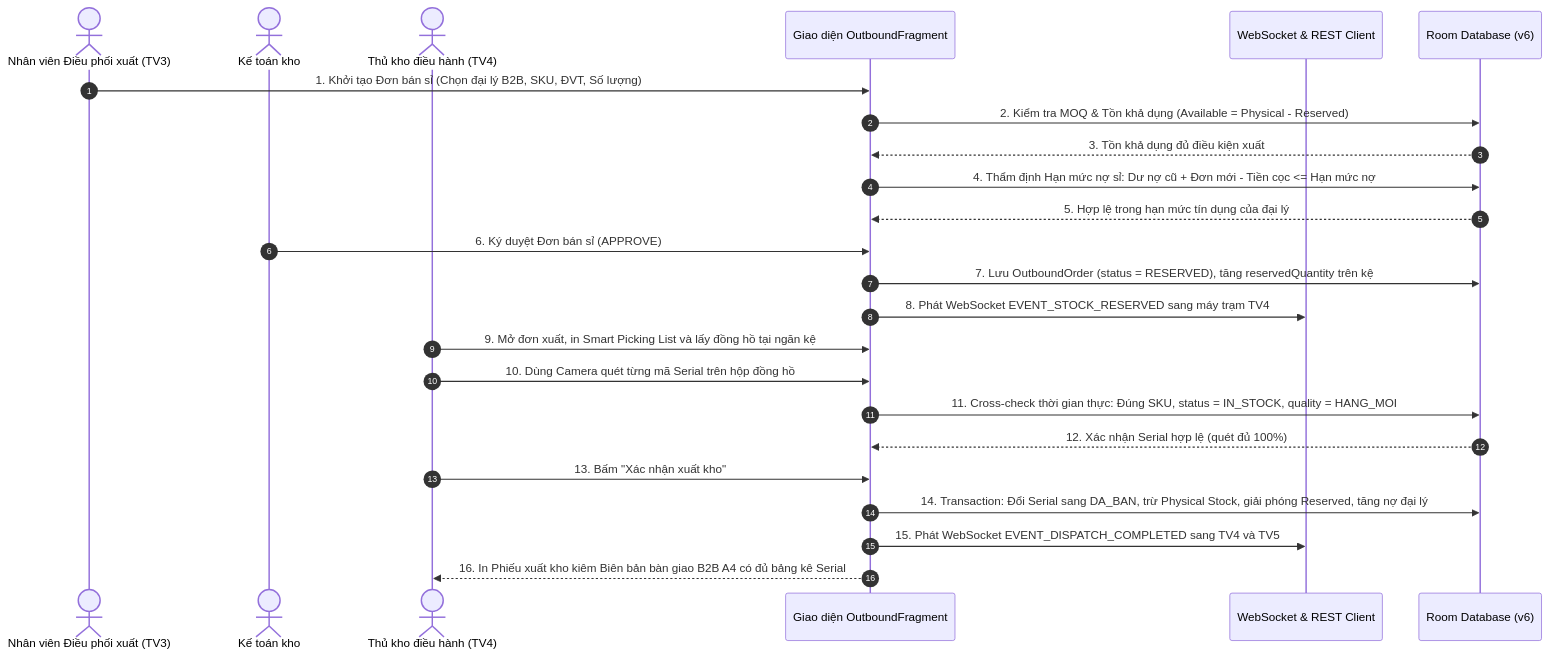
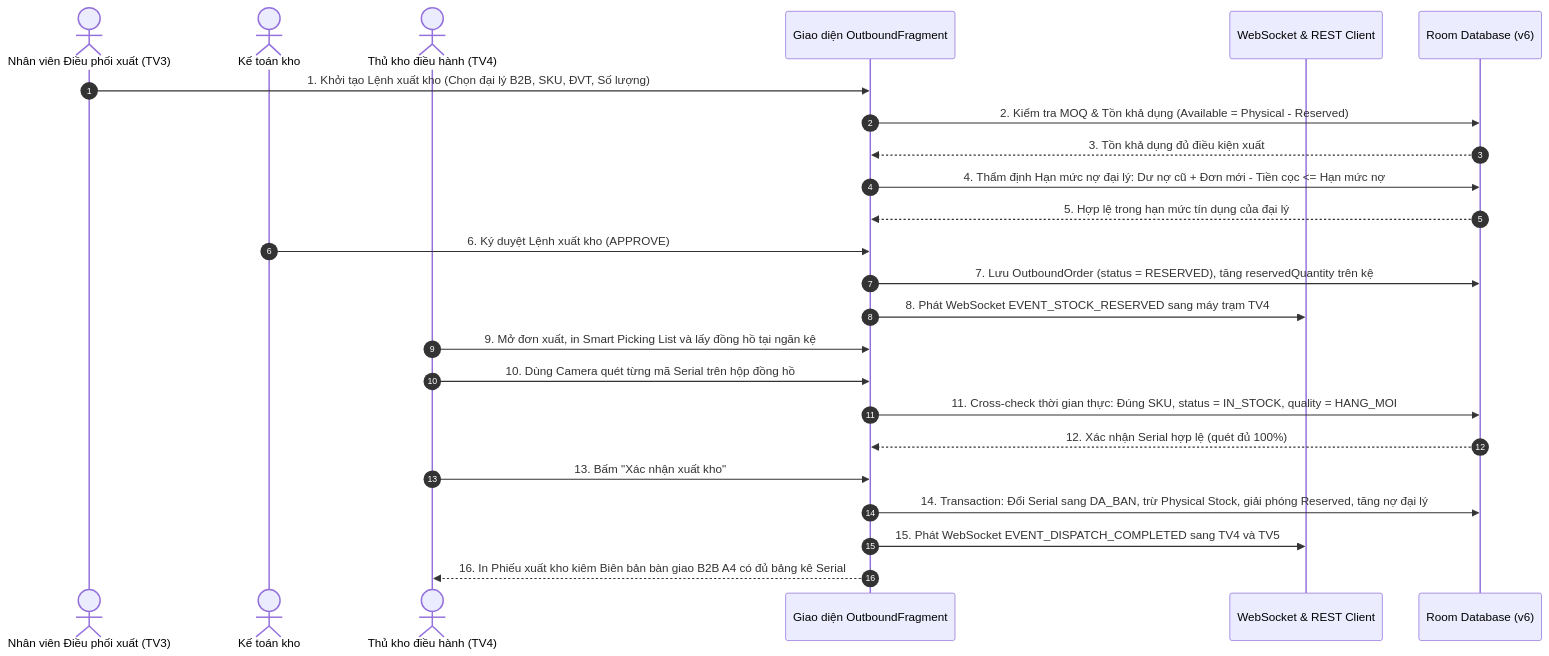
The diagram in Document/BAO_CAO_PHAN_CONG_VIEC_TO_DUC_THAO.md (binh2351220081-ctrl/LapTrinhMang_5AESiuNhan), drawn with Mermaid before and after one commit. The commit also changed other lines of this file and 5 other files, not shown here.

````diff
--- a/Document/BAO_CAO_PHAN_CONG_VIEC_TO_DUC_THAO.md
+++ b/Document/BAO_CAO_PHAN_CONG_VIEC_TO_DUC_THAO.md
@@ -230,27 +230,27 @@
 ```mermaid
 sequenceDiagram
     autonumber
     actor NV as Nhân viên Điều phối xuất (TV3)
     actor KT as Kế toán kho
     actor TK as Thủ kho điều hành (TV4)
     participant UI as Giao diện OutboundFragment
     participant Net as WebSocket & REST Client
     participant DB as Room Database (v6)
 
-    NV->>UI: 1. Khởi tạo Đơn bán sỉ (Chọn đại lý B2B, SKU, ĐVT, Số lượng)
+    NV->>UI: 1. Khởi tạo Lệnh xuất kho (Chọn đại lý B2B, SKU, ĐVT, Số lượng)
     UI->>DB: 2. Kiểm tra MOQ & Tồn khả dụng (Available = Physical - Reserved)
     DB-->>UI: 3. Tồn khả dụng đủ điều kiện xuất
-    UI->>DB: 4. Thẩm định Hạn mức nợ sỉ: Dư nợ cũ + Đơn mới - Tiền cọc <= Hạn mức nợ
+    UI->>DB: 4. Thẩm định Hạn mức nợ đại lý: Dư nợ cũ + Đơn mới - Tiền cọc <= Hạn mức nợ
     DB-->>UI: 5. Hợp lệ trong hạn mức tín dụng của đại lý
-    KT->>UI: 6. Ký duyệt Đơn bán sỉ (APPROVE)
+    KT->>UI: 6. Ký duyệt Lệnh xuất kho (APPROVE)
     UI->>DB: 7. Lưu OutboundOrder (status = RESERVED), tăng reservedQuantity trên kệ
     UI->>Net: 8. Phát WebSocket EVENT_STOCK_RESERVED sang máy trạm TV4
     TK->>UI: 9. Mở đơn xuất, in Smart Picking List và lấy đồng hồ tại ngăn kệ
     TK->>UI: 10. Dùng Camera quét từng mã Serial trên hộp đồng hồ
     UI->>DB: 11. Cross-check thời gian thực: Đúng SKU, status = IN_STOCK, quality = HANG_MOI
     DB-->>UI: 12. Xác nhận Serial hợp lệ (quét đủ 100%)
     TK->>UI: 13. Bấm "Xác nhận xuất kho"
     UI->>DB: 14. Transaction: Đổi Serial sang DA_BAN, trừ Physical Stock, giải phóng Reserved, tăng nợ đại lý
     UI->>Net: 15. Phát WebSocket EVENT_DISPATCH_COMPLETED sang TV4 và TV5
     UI-->>TK: 16. In Phiếu xuất kho kiêm Biên bản bàn giao B2B A4 có đủ bảng kê Serial
 ```
````
